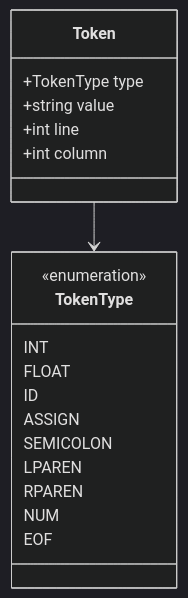
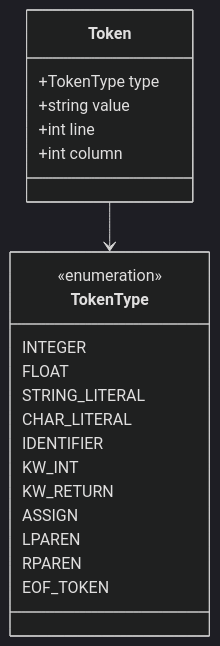
Before and after one commit to juno-yu/simple-howto-c-compiler-ximplec: the second of 3 diagrams in 0001-tokenizer/README.md, drawn with Mermaid (dark theme). The commit also changed other lines of this file and 131 other files, not shown here.

````diff
--- a/0001-tokenizer/README.md
+++ b/0001-tokenizer/README.md
@@ -26,24 +35,26 @@
 ```mermaid
 classDiagram
     class Token {
         +TokenType type
         +string value
         +int line
         +int column
     }
-    
+
     class TokenType {
         <<enumeration>>
-        INT
+        INTEGER
         FLOAT
-        ID
+        STRING_LITERAL
+        CHAR_LITERAL
+        IDENTIFIER
+        KW_INT
+        KW_RETURN
         ASSIGN
-        SEMICOLON
         LPAREN
         RPAREN
-        NUM
-        EOF
+        EOF_TOKEN
     }
-    
+
     Token --> TokenType
 ```
````
